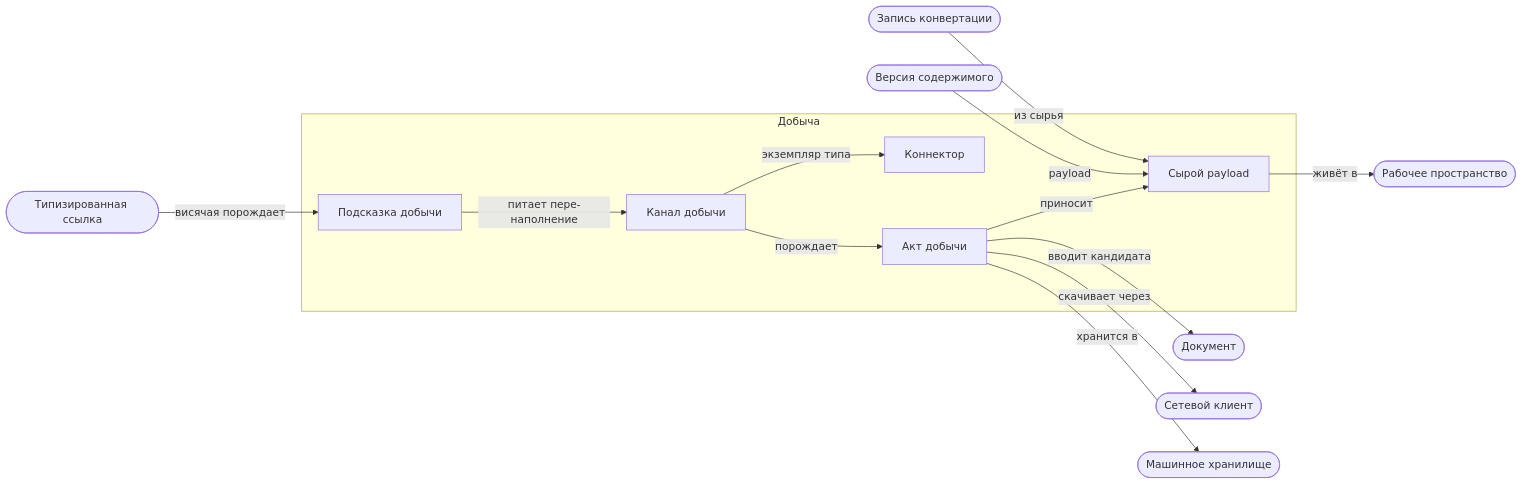
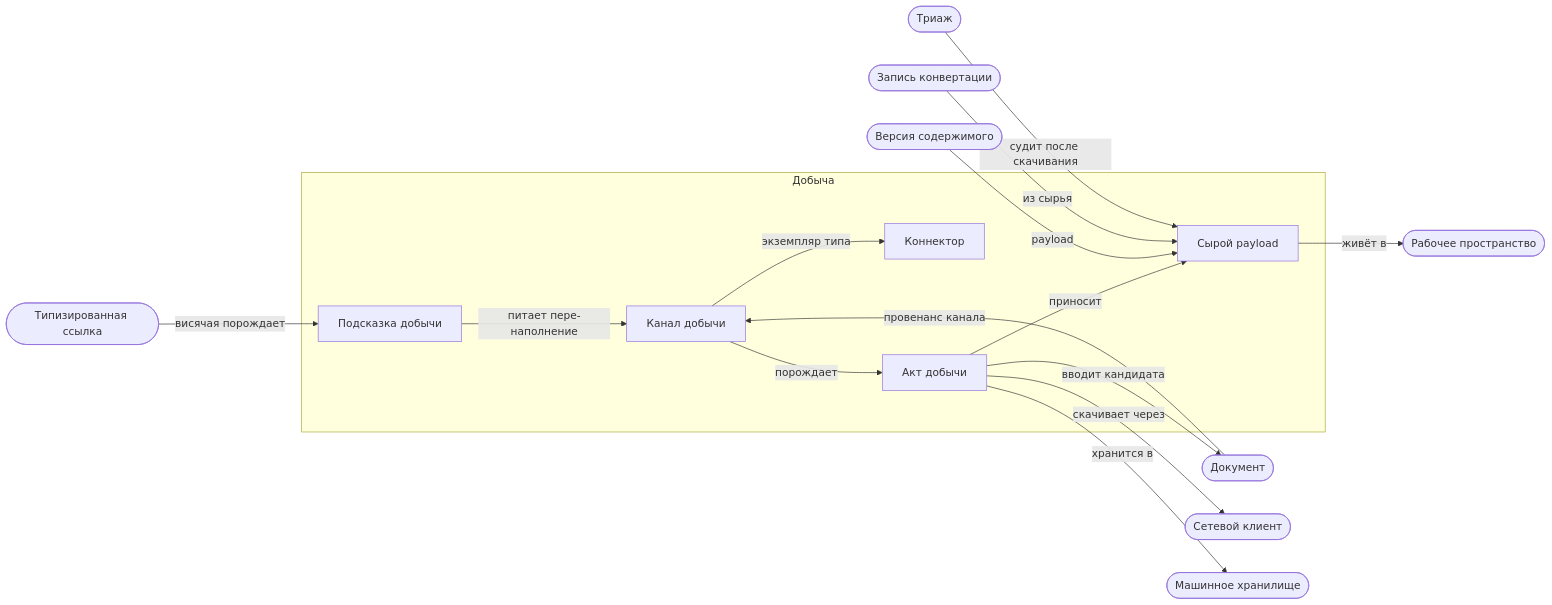
One commit to HelgDemidov/PretRAGa changed the third of 10 diagrams in docs/system_design/design_truth/entity_map.md. Above: the diagram before and after it, drawn with Mermaid. The commit also changed other lines of this file and 11 other files, not shown here.

````diff
--- a/docs/system_design/design_truth/entity_map.md
+++ b/docs/system_design/design_truth/entity_map.md
@@ -52,28 +175,31 @@
 ```mermaid
 flowchart LR
     subgraph acquisition["Добыча"]
         Connector["Коннектор"]
         AcquisitionChannel["Канал добычи"]
         AcquisitionAct["Акт добычи"]
         RawPayload["Сырой payload"]
         AcquisitionHint["Подсказка добычи"]
     end
     Document(["Документ"])
     NetworkClient(["Сетевой клиент"])
     ContentVersion(["Версия содержимого"])
     ConversionRecord(["Запись конвертации"])
     TypedReference(["Типизированная ссылка"])
     Workspace(["Рабочее пространство"])
     MachineStore(["Машинное хранилище"])
+    Triage(["Триаж"])
     AcquisitionChannel -- "экземпляр типа" --> Connector
     AcquisitionChannel -- "порождает" --> AcquisitionAct
     AcquisitionAct -- "приносит" --> RawPayload
     AcquisitionAct -- "вводит кандидата" --> Document
     AcquisitionAct -- "скачивает через" --> NetworkClient
     AcquisitionHint -- "питает пере-наполнение" --> AcquisitionChannel
     ContentVersion -- "payload" --> RawPayload
     ConversionRecord -- "из сырья" --> RawPayload
+    Document -- "провенанс канала" --> AcquisitionChannel
     TypedReference -- "висячая порождает" --> AcquisitionHint
     RawPayload -- "живёт в" --> Workspace
     AcquisitionAct -- "хранится в" --> MachineStore
+    Triage -- "судит после скачивания" --> RawPayload
 ```
````
